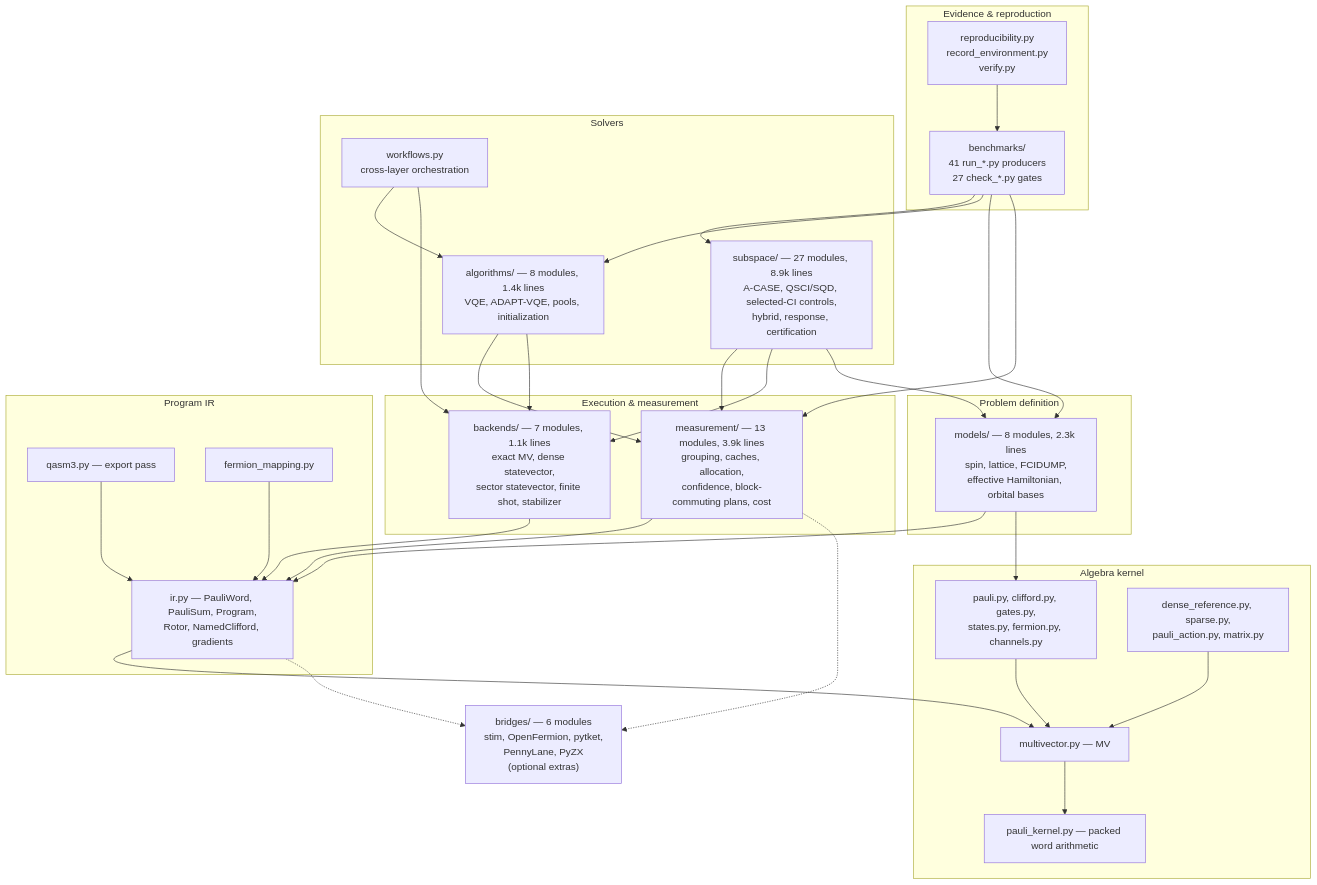
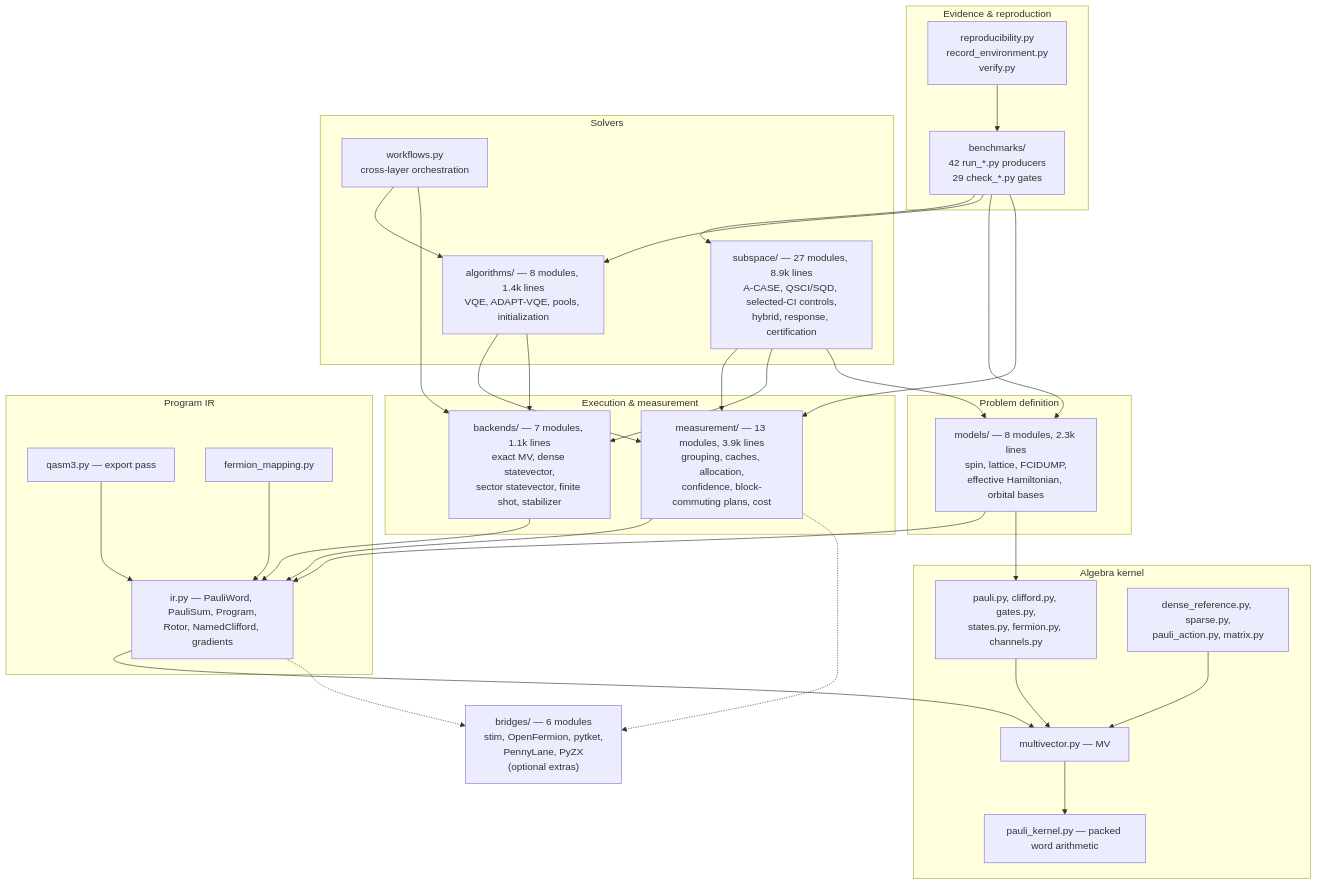
The first of 4 diagrams in ARCHITECTURE.md (gutama/clifford_qc), drawn with Mermaid before and after one commit. The commit also changed other lines of this file, not shown here.

````diff
--- a/ARCHITECTURE.md
+++ b/ARCHITECTURE.md
@@ -28,62 +28,62 @@
 ```mermaid
 flowchart TD
     subgraph L6["Evidence & reproduction"]
-        BENCH["benchmarks/<br/>41 run_*.py producers<br/>27 check_*.py gates"]
+        BENCH["benchmarks/<br/>42 run_*.py producers<br/>29 check_*.py gates"]
         REPRO["reproducibility.py<br/>record_environment.py<br/>verify.py"]
     end
 
     subgraph L5["Solvers"]
         SUBSPACE["subspace/ &mdash; 27 modules, 8.9k lines<br/>A-CASE, QSCI/SQD, selected-CI controls,<br/>hybrid, response, certification"]
         ALGOS["algorithms/ &mdash; 8 modules, 1.4k lines<br/>VQE, ADAPT-VQE, pools, initialization"]
         WORKFLOWS["workflows.py<br/>cross-layer orchestration"]
     end
 
     subgraph L4["Problem definition"]
         MODELS["models/ &mdash; 8 modules, 2.3k lines<br/>spin, lattice, FCIDUMP,<br/>effective Hamiltonian, orbital bases"]
     end
 
     subgraph L3["Execution & measurement"]
         BACKENDS["backends/ &mdash; 7 modules, 1.1k lines<br/>exact MV, dense statevector,<br/>sector statevector, finite shot, stabilizer"]
         MEAS["measurement/ &mdash; 13 modules, 3.9k lines<br/>grouping, caches, allocation,<br/>confidence, block-commuting plans, cost"]
     end
 
     subgraph L2["Program IR"]
         IR["ir.py &mdash; PauliWord, PauliSum, Program,<br/>Rotor, NamedClifford, gradients"]
         QASM["qasm3.py &mdash; export pass"]
         FMAP["fermion_mapping.py"]
     end
 
     subgraph L1["Algebra kernel"]
         MV["multivector.py &mdash; MV"]
         KERNEL["pauli_kernel.py &mdash; packed word arithmetic"]
         PAULI["pauli.py, clifford.py, gates.py,<br/>states.py, fermion.py, channels.py"]
         DENSE["dense_reference.py, sparse.py,<br/>pauli_action.py, matrix.py"]
     end
 
     BRIDGES["bridges/ &mdash; 6 modules<br/>stim, OpenFermion, pytket,<br/>PennyLane, PyZX<br/>(optional extras)"]
 
     BENCH --> SUBSPACE
     BENCH --> ALGOS
     BENCH --> MODELS
     BENCH --> MEAS
     REPRO --> BENCH
     SUBSPACE --> MEAS
     SUBSPACE --> BACKENDS
     SUBSPACE --> MODELS
     ALGOS --> MEAS
     ALGOS --> BACKENDS
     WORKFLOWS --> ALGOS
     WORKFLOWS --> BACKENDS
     MODELS --> IR
     MODELS --> PAULI
     BACKENDS --> IR
     MEAS --> IR
     IR --> MV
     QASM --> IR
     FMAP --> IR
     PAULI --> MV
     DENSE --> MV
     MV --> KERNEL
     IR -.-> BRIDGES
     MEAS -.-> BRIDGES
 ```
````
